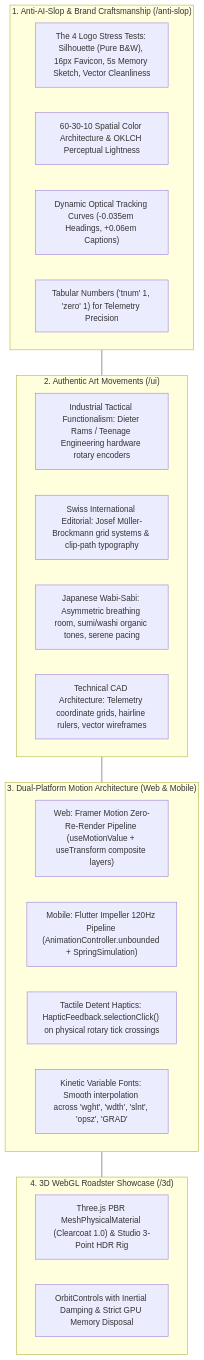
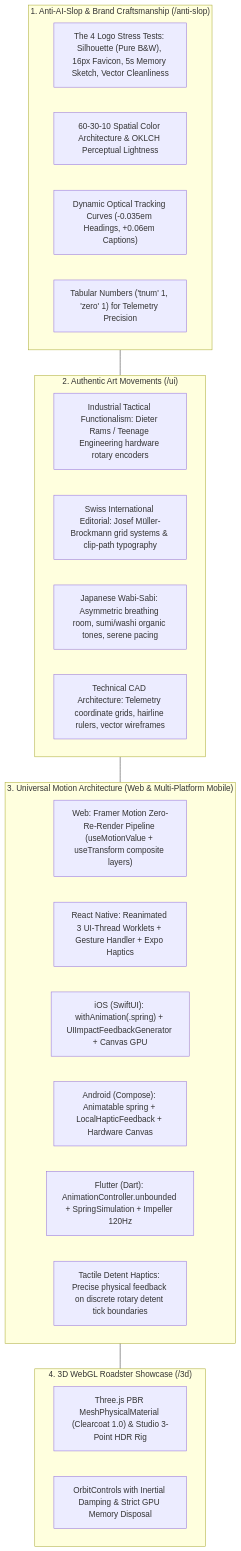
Before and after one commit to darknecrocities/SkillBuilder: the second of 2 diagrams in README.md, drawn with Mermaid. The commit also changed other lines of this file and 6 other files, not shown here.

Commit message:
feat(ui): establish universal mobile motion architecture for React Native, iOS, and Android

````diff
--- a/README.md
+++ b/README.md
@@ -130,26 +130,28 @@
 ```mermaid
 flowchart TD
     subgraph AntiSlop["1. Anti-AI-Slop & Brand Craftsmanship (/anti-slop)"]
         A["The 4 Logo Stress Tests: Silhouette (Pure B&W), 16px Favicon, 5s Memory Sketch, Vector Cleanliness"]
         B["60-30-10 Spatial Color Architecture & OKLCH Perceptual Lightness"]
         C["Dynamic Optical Tracking Curves (-0.035em Headings, +0.06em Captions)"]
         D["Tabular Numbers ('tnum' 1, 'zero' 1) for Telemetry Precision"]
     end
     subgraph Movements["2. Authentic Art Movements (/ui)"]
         M1["Industrial Tactical Functionalism: Dieter Rams / Teenage Engineering hardware rotary encoders"]
         M2["Swiss International Editorial: Josef Müller-Brockmann grid systems & clip-path typography"]
         M3["Japanese Wabi-Sabi: Asymmetric breathing room, sumi/washi organic tones, serene pacing"]
         M4["Technical CAD Architecture: Telemetry coordinate grids, hairline rulers, vector wireframes"]
     end
-    subgraph Motion["3. Dual-Platform Motion Architecture (Web & Mobile)"]
+    subgraph Motion["3. Universal Motion Architecture (Web & Multi-Platform Mobile)"]
         E["Web: Framer Motion Zero-Re-Render Pipeline (useMotionValue + useTransform composite layers)"]
-        F["Mobile: Flutter Impeller 120Hz Pipeline (AnimationController.unbounded + SpringSimulation)"]
-        G["Tactile Detent Haptics: HapticFeedback.selectionClick() on physical rotary tick crossings"]
-        H["Kinetic Variable Fonts: Smooth interpolation across 'wght', 'wdth', 'slnt', 'opsz', 'GRAD'"]
+        F1["React Native: Reanimated 3 UI-Thread Worklets + Gesture Handler + Expo Haptics"]
+        F2["iOS (SwiftUI): withAnimation(.spring) + UIImpactFeedbackGenerator + Canvas GPU"]
+        F3["Android (Compose): Animatable spring + LocalHapticFeedback + Hardware Canvas"]
+        F4["Flutter (Dart): AnimationController.unbounded + SpringSimulation + Impeller 120Hz"]
+        G["Tactile Detent Haptics: Precise physical feedback on discrete rotary detent tick boundaries"]
     end
     subgraph WebGL3D["4. 3D WebGL Roadster Showcase (/3d)"]
         I["Three.js PBR MeshPhysicalMaterial (Clearcoat 1.0) & Studio 3-Point HDR Rig"]
         J["OrbitControls with Inertial Damping & Strict GPU Memory Disposal"]
     end
     AntiSlop --- Movements --- Motion --- WebGL3D
 ```
````
